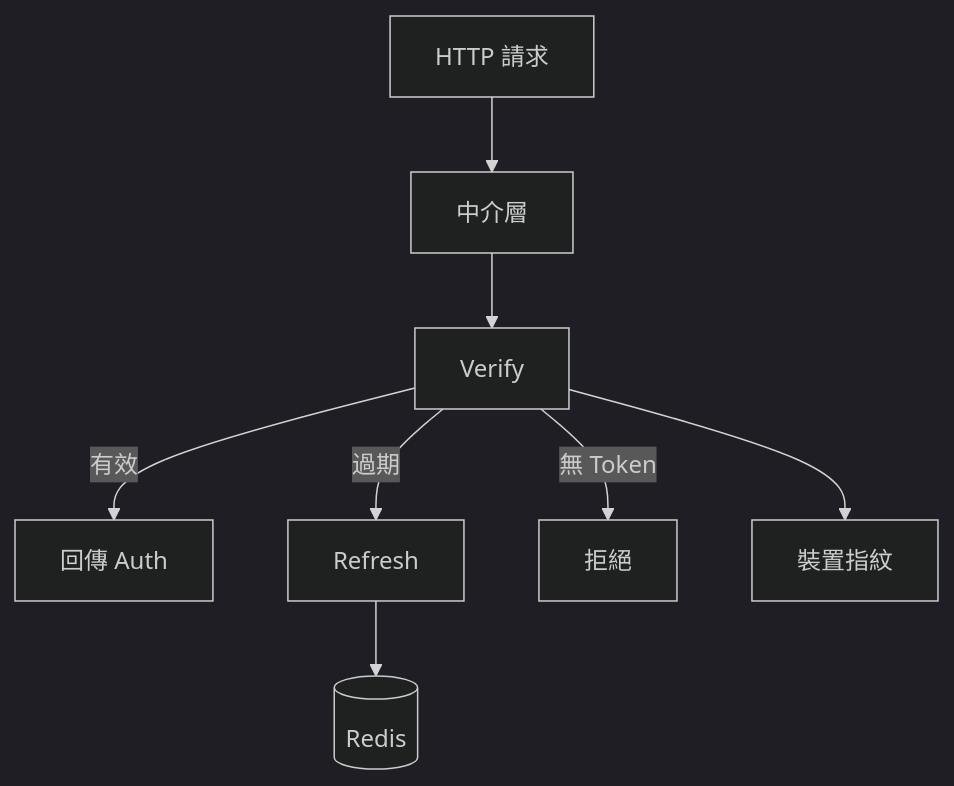
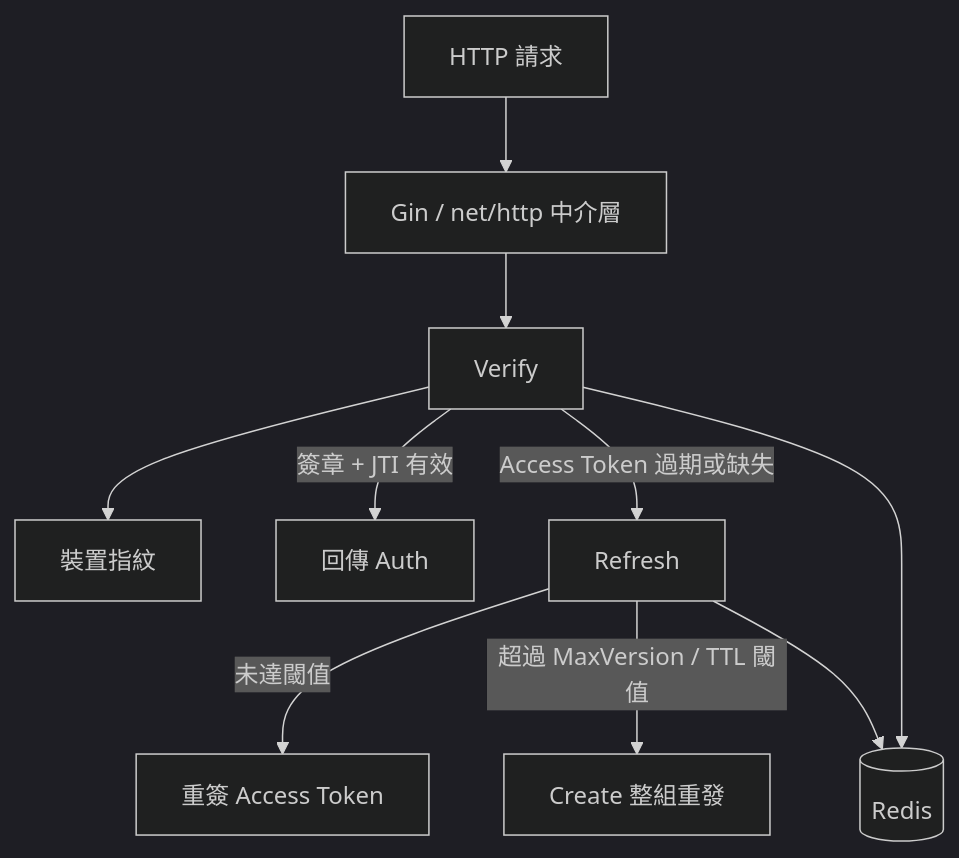
One commit to pardnchiu/go-jwt changed the diagram in doc/README.zh.md. Above: the diagram before and after it, drawn with Mermaid (dark theme). The commit also changed other lines of this file and 6 other files, not shown here.

Commit message:
doc: Regenerate bilingual README, technical docs, and architecture diagrams

````diff
--- a/doc/README.zh.md
+++ b/doc/README.zh.md
@@ -47,10 +43,12 @@
 ```mermaid
 graph TB
-    REQ[HTTP 請求] --> MW[中介層]
+    REQ[HTTP 請求] --> MW[Gin / net/http 中介層]
     MW --> V[Verify]
-    V -->|有效| AUTH[回傳 Auth]
-    V -->|過期| RF[Refresh]
-    V -->|無 Token| DENY[拒絕]
-    RF --> REDIS[(Redis)]
     V --> FP[裝置指紋]
+    V -->|簽章 + JTI 有效| OK[回傳 Auth]
+    V -->|Access Token 過期或缺失| RF[Refresh]
+    RF -->|未達閾值| RS[重簽 Access Token]
+    RF -->|超過 MaxVersion / TTL 閾值| CR[Create 整組重發]
+    V --> REDIS[(Redis)]
+    RF --> REDIS
 ```
````
